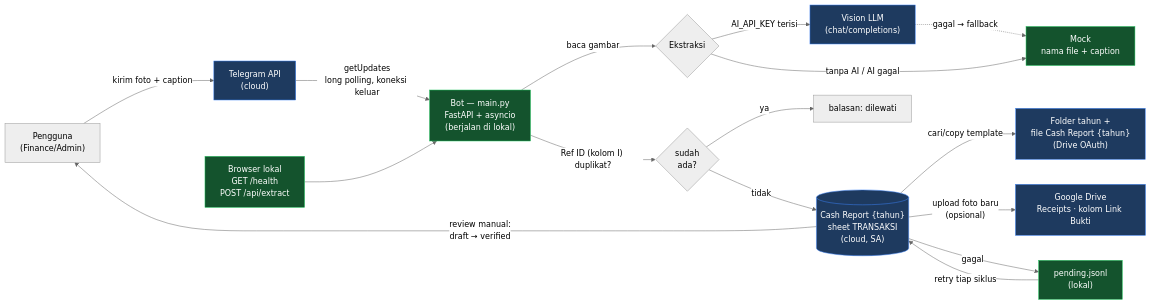
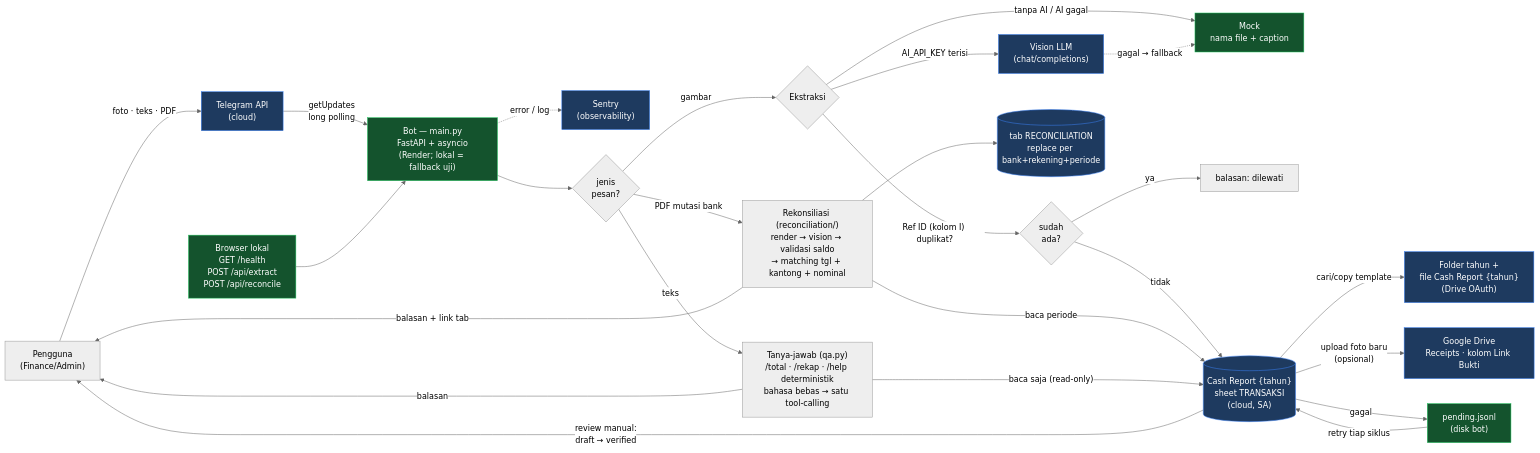
One commit to Project-Rework-G3-AI/ai-finance-assistant changed the diagram in README.md. Above: the diagram before and after it, drawn with Mermaid (neutral theme). The commit also changed other lines of this file, not shown here.

Commit message:
docs: perbarui diagram arsitektur mermaid untuk milestone2 &3
Sebelumnya diagram hanya jalur foto (milestone1) dan menuliskan bot
"berjalan di lokal". Ditambahkan: cabang routing jenis pesan (gambar/PDF/teks),
jalur rekonsiliasi (reconciliation/ -> tab RECONCILIATION, replace idempotent),
jalur tanya-jawab (qa.py: command deterministik + tool-calling read-only),
node Sentry, endpoint /api/reconcile, posisi bot di Render, dan legenda warna
+ batasan (QA baca saja, rekonsiliasi tak menyentuh TRANSAKSI).

````diff
--- a/README.md
+++ b/README.md
@@ -9,27 +9,38 @@
 ```mermaid
 flowchart LR
-    U["Pengguna<br/>(Finance/Admin)"] -->|"kirim foto + caption"| TG["Telegram API<br/>(cloud)"]
-    TG -->|"getUpdates<br/>long polling, koneksi keluar"| BOT["Bot — main.py<br/>FastAPI + asyncio<br/>(berjalan di lokal)"]
+    U["Pengguna<br/>(Finance/Admin)"] -->|"foto · teks · PDF"| TG["Telegram API<br/>(cloud)"]
+    TG -->|"getUpdates<br/>long polling"| BOT["Bot — main.py<br/>FastAPI + asyncio<br/>(Render; lokal = fallback uji)"]
+    BOT -.->|"error / log"| SEN["Sentry<br/>(observability)"]
+    BOT --> ROUT{"jenis<br/>pesan?"}
 
-    BOT -->|"baca gambar"| EXT{"Ekstraksi"}
+    ROUT -->|"gambar"| EXT{"Ekstraksi"}
     EXT -->|"AI_API_KEY terisi"| VIS["Vision LLM<br/>(chat/completions)"]
     EXT -->|"tanpa AI / AI gagal"| MOCK["Mock<br/>nama file + caption"]
     VIS -.->|"gagal → fallback"| MOCK
 
-    BOT -->|"Ref ID (kolom I) duplikat?"| DUP{"sudah<br/>ada?"}
+    EXT -->|"Ref ID (kolom I) duplikat?"| DUP{"sudah<br/>ada?"}
     DUP -->|"ya"| SKIP["balasan: dilewati"]
     DUP -->|"tidak"| CR[("Cash Report {tahun}<br/>sheet TRANSAKSI<br/>(cloud, SA)")]
 
+    ROUT -->|"PDF mutasi bank"| REC["Rekonsiliasi (reconciliation/)<br/>render → vision → validasi saldo<br/>→ matching tgl + kantong + nominal"]
+    REC -->|"baca periode"| CR
+    REC --> RC[("tab RECONCILIATION<br/>replace per bank+rekening+periode")]
+    REC -->|"balasan + link tab"| U
+
+    ROUT -->|"teks"| QA["Tanya-jawab (qa.py)<br/>/total · /rekap · /help deterministik<br/>bahasa bebas → satu tool-calling"]
+    QA -->|"baca saja (read-only)"| CR
+    QA -->|"balasan"| U
+
     CR -->|"cari/copy template"| YR["Folder tahun +<br/>file Cash Report {tahun}<br/>(Drive OAuth)"]
     CR -->|"upload foto baru<br/>(opsional)"| DRIVE["Google Drive<br/>Receipts · kolom Link Bukti"]
-    CR -->|"gagal"| PEND["pending.jsonl<br/>(lokal)"]
+    CR -->|"gagal"| PEND["pending.jsonl<br/>(disk bot)"]
     PEND -->|"retry tiap siklus"| CR
 
     CR -->|"review manual:<br/>draft → verified"| U
-    W["Browser lokal<br/>GET /health<br/>POST /api/extract"] --> BOT
+    W["Browser lokal<br/>GET /health<br/>POST /api/extract<br/>POST /api/reconcile"] --> BOT
 
     classDef cloud fill:#1e3a5f,stroke:#3b82f6,color:#fff
     classDef local fill:#14532d,stroke:#22c55e,color:#fff
-    class TG,CR,VIS,DRIVE,YR cloud
+    class TG,CR,VIS,DRIVE,YR,RC,SEN cloud
     class BOT,MOCK,PEND,W local
 ```
````
